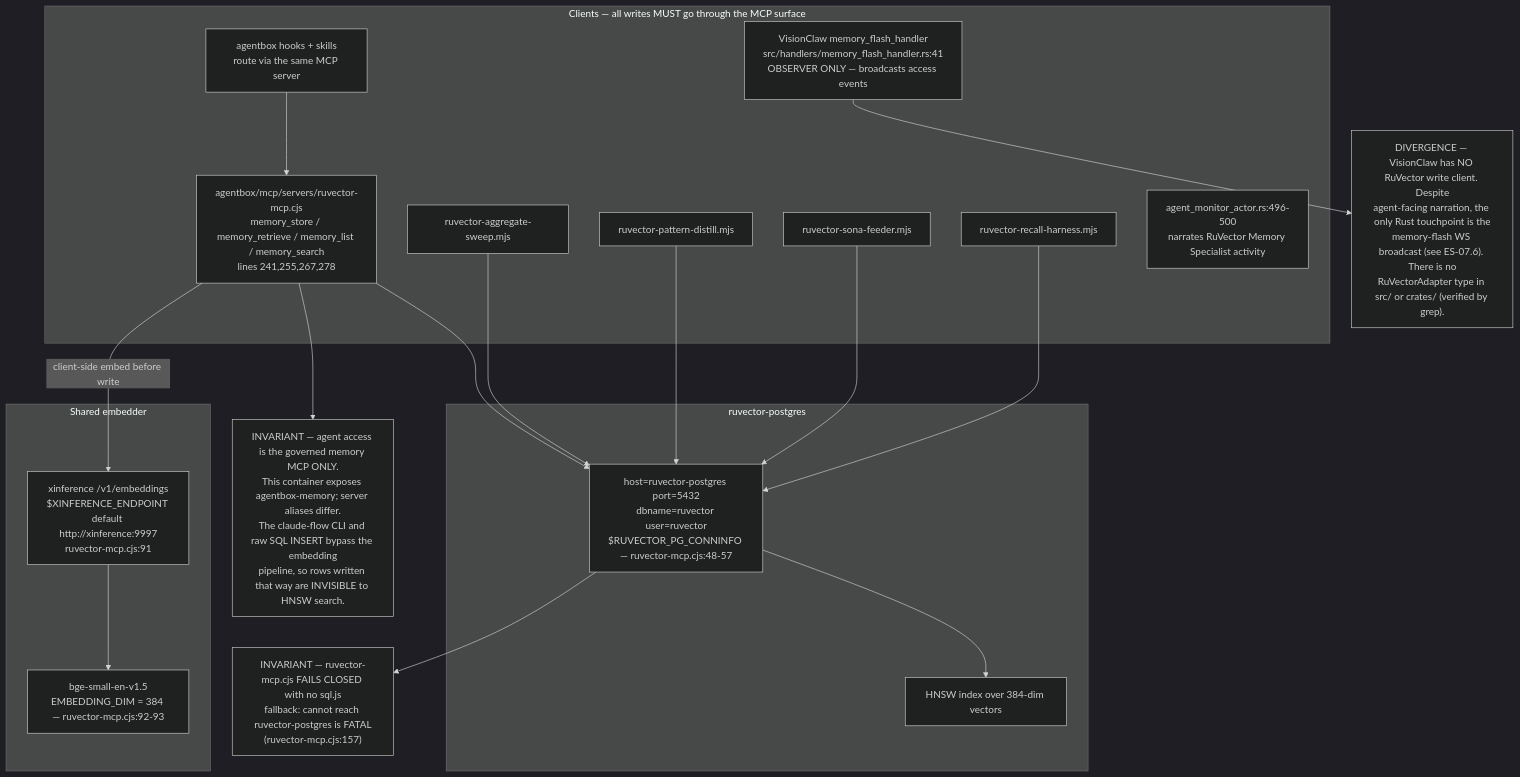
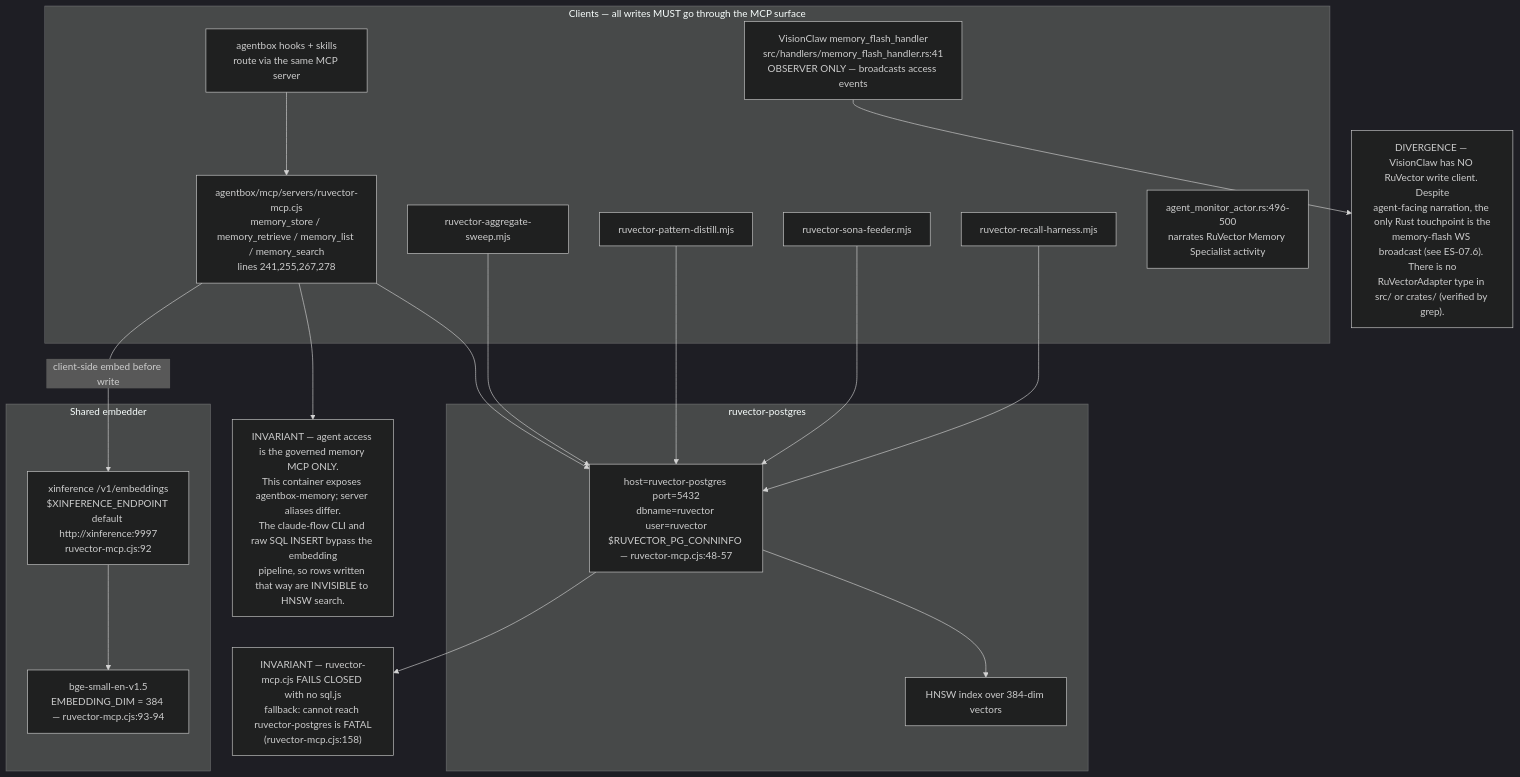
The first of 10 diagrams in docs/diagrams/estate/07-memory-and-embedding-estate.md (DreamLab-AI/VisionFlow), drawn with Mermaid (dark theme) before and after one commit. The commit also changed other lines of this file and 12 other files, not shown here.

````diff
--- a/docs/diagrams/estate/07-memory-and-embedding-estate.md
+++ b/docs/diagrams/estate/07-memory-and-embedding-estate.md
@@ -25,39 +25,39 @@
 ```mermaid
 flowchart TB
     subgraph clients["Clients — all writes MUST go through the MCP surface"]
         MCP["agentbox/mcp/servers/ruvector-mcp.cjs<br/>memory_store / memory_retrieve / memory_list / memory_search<br/>lines 241,255,267,278"]
         HOOKS["agentbox hooks + skills<br/>route via the same MCP server"]
         SWEEP["ruvector-aggregate-sweep.mjs"]
         DISTILL["ruvector-pattern-distill.mjs"]
         SONA["ruvector-sona-feeder.mjs"]
         HARNESS["ruvector-recall-harness.mjs"]
         VCMF["VisionClaw memory_flash_handler<br/>src/handlers/memory_flash_handler.rs:41<br/>OBSERVER ONLY — broadcasts access events"]
         AMA["agent_monitor_actor.rs:496-500<br/>narrates RuVector Memory Specialist activity"]
     end
     subgraph store["ruvector-postgres"]
         PG["host=ruvector-postgres port=5432<br/>dbname=ruvector user=ruvector<br/>$RUVECTOR_PG_CONNINFO — ruvector-mcp.cjs:48-57"]
         HNSW["HNSW index over 384-dim vectors"]
     end
     subgraph embed["Shared embedder"]
-        XI["xinference /v1/embeddings<br/>$XINFERENCE_ENDPOINT default http://xinference:9997<br/>ruvector-mcp.cjs:91"]
-        MODEL["bge-small-en-v1.5<br/>EMBEDDING_DIM = 384 — ruvector-mcp.cjs:92-93"]
+        XI["xinference /v1/embeddings<br/>$XINFERENCE_ENDPOINT default http://xinference:9997<br/>ruvector-mcp.cjs:92"]
+        MODEL["bge-small-en-v1.5<br/>EMBEDDING_DIM = 384 — ruvector-mcp.cjs:93-94"]
     end
 
     MCP --> PG
     HOOKS --> MCP
     SWEEP --> PG
     DISTILL --> PG
     SONA --> PG
     HARNESS --> PG
     PG --> HNSW
     MCP -- "client-side embed before write" --> XI
     XI --> MODEL
 
     INV1["INVARIANT — agent access is the governed memory MCP ONLY.<br/>This container exposes agentbox-memory; server aliases differ.<br/>The claude-flow CLI and raw SQL INSERT bypass the embedding<br/>pipeline, so rows written that way are INVISIBLE to HNSW search."]
-    INV2["INVARIANT — ruvector-mcp.cjs FAILS CLOSED with no sql.js<br/>fallback: cannot reach ruvector-postgres is FATAL<br/>(ruvector-mcp.cjs:157)"]
+    INV2["INVARIANT — ruvector-mcp.cjs FAILS CLOSED with no sql.js<br/>fallback: cannot reach ruvector-postgres is FATAL<br/>(ruvector-mcp.cjs:158)"]
     DIV1["DIVERGENCE — VisionClaw has NO RuVector write client. Despite<br/>agent-facing narration, the only Rust touchpoint is the<br/>memory-flash WS broadcast (see ES-07.6). There is no<br/>RuVectorAdapter type in src/ or crates/ (verified by grep)."]
 
     MCP --> INV1
     PG --> INV2
     VCMF --> DIV1
 ```
````
